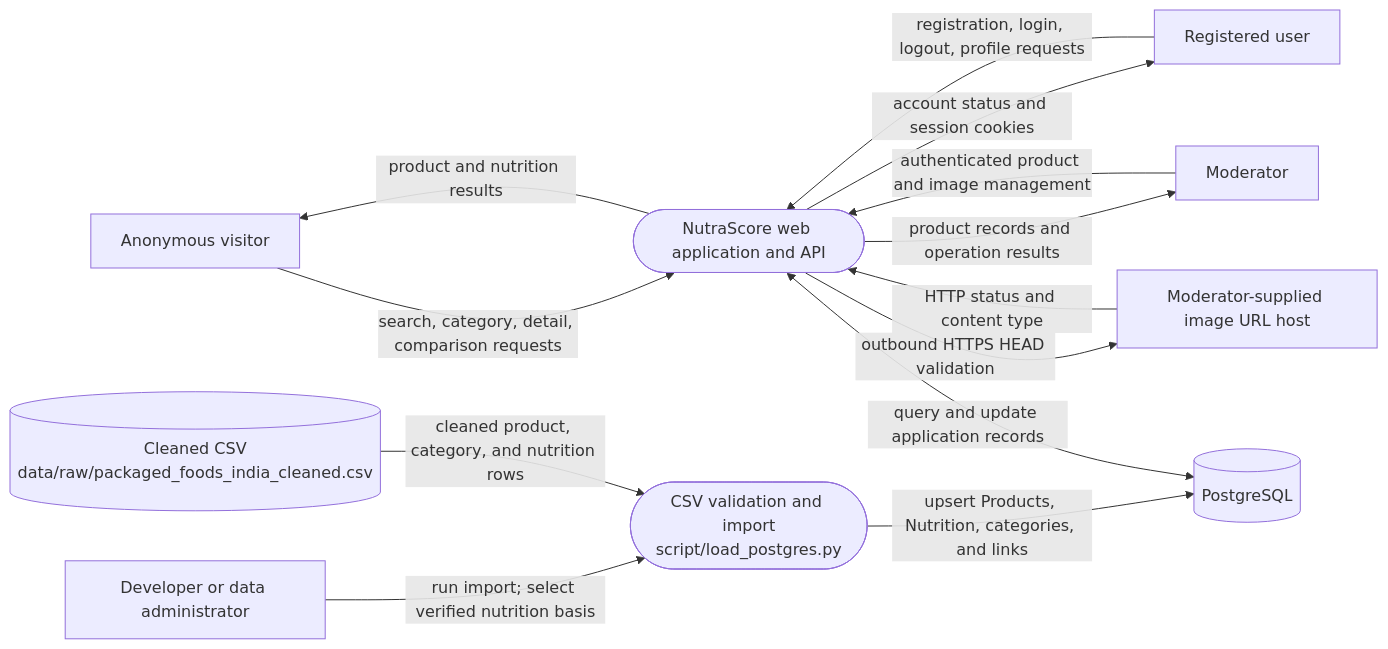
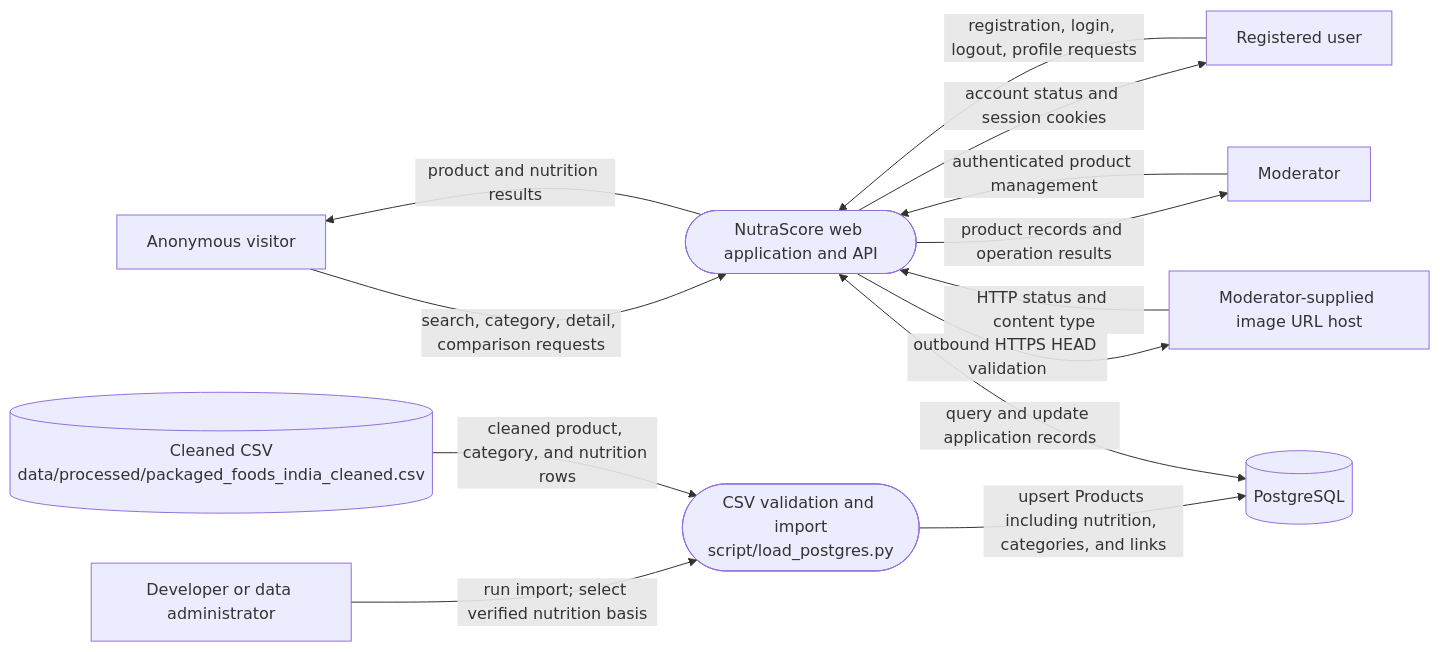
The diagram in docs/software-design/dfd-level-0.md (Nutrascore/nutrascore), drawn with Mermaid before and after one commit. The commit also changed other lines of this file and 55 other files, not shown here.

````diff
--- a/docs/software-design/dfd-level-0.md
+++ b/docs/software-design/dfd-level-0.md
@@ -7,26 +7,26 @@
 ```mermaid
 flowchart LR
     V[Anonymous visitor]
     U[Registered user]
     M[Moderator]
     A[Developer or data administrator]
-    CSV[(Cleaned CSV<br/>data/raw/packaged_foods_india_cleaned.csv)]
+    CSV[(Cleaned CSV<br/>data/processed/packaged_foods_india_cleaned.csv)]
     APP(["NutraScore web application and API"])
     IMPORT(["CSV validation and import<br/>script/load_postgres.py"])
     DB[(PostgreSQL)]
     HOST[Moderator-supplied image URL host]
 
     V -->|search, category, detail, comparison requests| APP
     APP -->|product and nutrition results| V
     U -->|registration, login, logout, profile requests| APP
     APP -->|account status and session cookies| U
-    M -->|authenticated product and image management| APP
+    M -->|authenticated product management| APP
     APP -->|product records and operation results| M
     APP -->|outbound HTTPS HEAD validation| HOST
     HOST -->|HTTP status and content type| APP
 
     A -->|run import; select verified nutrition basis| IMPORT
     CSV -->|cleaned product, category, and nutrition rows| IMPORT
-    IMPORT -->|upsert Products, Nutrition, categories, and links| DB
+    IMPORT -->|upsert Products including nutrition, categories, and links| DB
     APP <-->|query and update application records| DB
 ```
````
